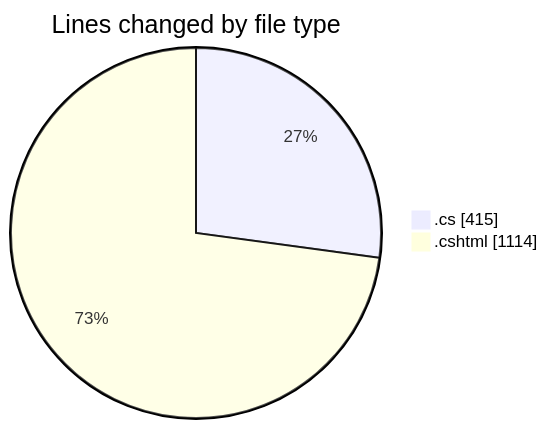
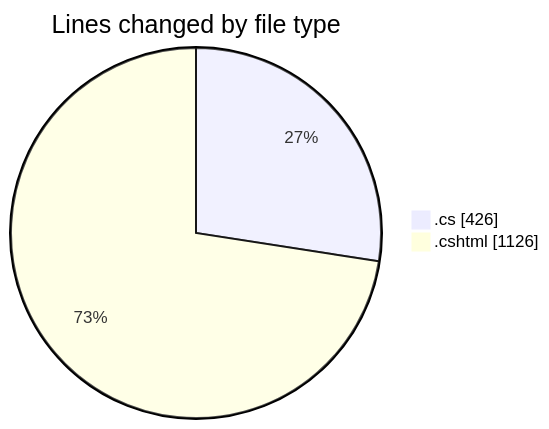
The first of 2 diagrams in 2025-07-16/nhahang/README.md (lephambinh05/code-tracking), drawn with Mermaid before and after one commit. The commit also changed other lines of this file and 1 other file, not shown here.

````diff
--- a/2025-07-16/nhahang/README.md
+++ b/2025-07-16/nhahang/README.md
@@ -48,6 +48,6 @@
 ```mermaid
 pie showData
 title Lines changed by file type
-".cs" : 415
-".cshtml" : 1114
+".cs" : 426
+".cshtml" : 1126
 ```
````
